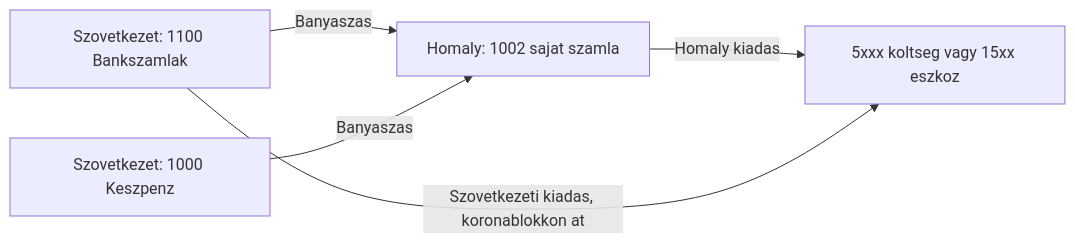
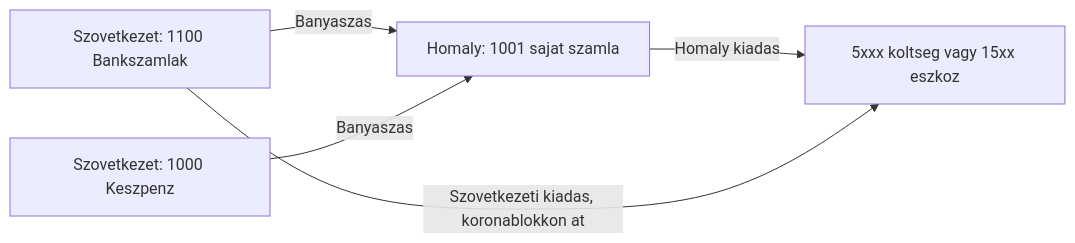
One commit to pitiboy/curr changed the first of 17 diagrams in docs/transaction-workflow.md. Above: the diagram before and after it, drawn with Mermaid. The commit also changed other lines of this file and 8 other files, not shown here.

````diff
--- a/docs/transaction-workflow.md
+++ b/docs/transaction-workflow.md
@@ -52,12 +52,12 @@
 ```mermaid
 flowchart LR
   bank["Szovetkezet: 1100 Bankszamlak"]
   penztar["Szovetkezet: 1000 Keszpenz"]
-  sajat["Homaly: 1002 sajat szamla"]
+  sajat["Homaly: 1001 sajat szamla"]
   koltseg["5xxx koltseg vagy 15xx eszkoz"]
 
   bank -- "Banyaszas" --> sajat
   penztar -- "Banyaszas" --> sajat
   sajat -- "Homaly kiadas" --> koltseg
   bank -- "Szovetkezeti kiadas, koronablokkon at" --> koltseg
 ```
````
